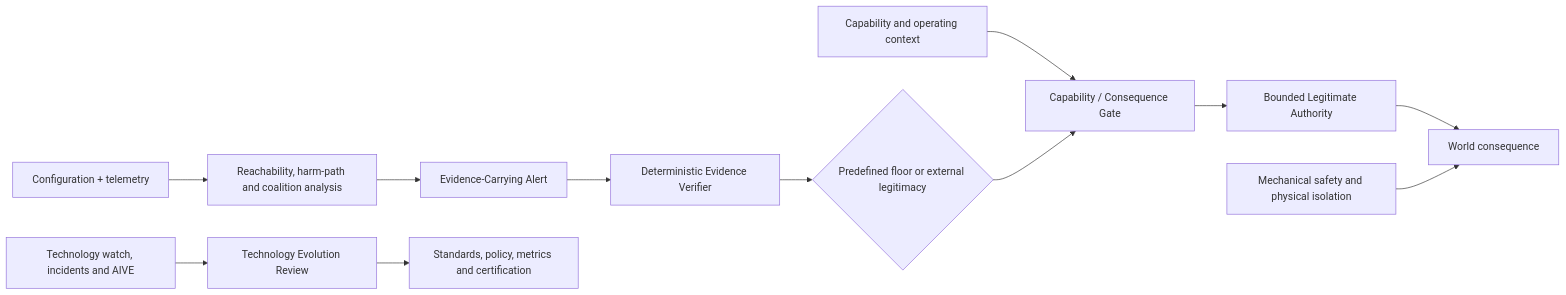
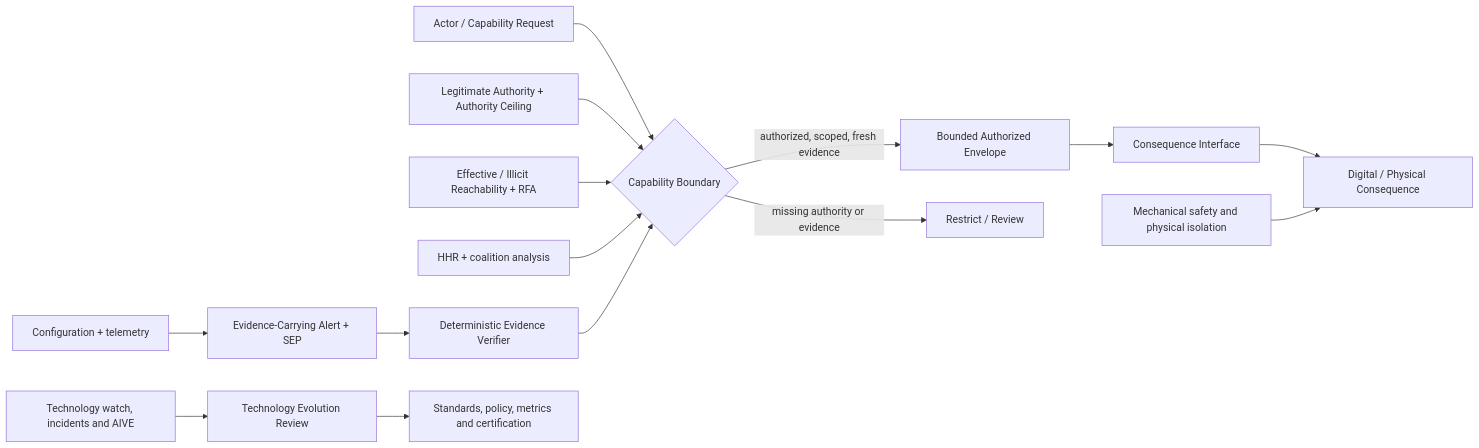
The diagram in spec/00_MASTER_INDEX.md (cresta13/universal-ai-safety-architecture), drawn with Mermaid before and after one commit. The commit also changed other lines of this file and 23 other files, not shown here.

````diff
--- a/spec/00_MASTER_INDEX.md
+++ b/spec/00_MASTER_INDEX.md
@@ -16,14 +16,17 @@
 ```mermaid
 flowchart LR
- C[Capability and operating context] --> G[Capability / Consequence Gate]
- G --> LA[Bounded Legitimate Authority]
- LA --> W[World consequence]
- X[Configuration + telemetry] --> R[Reachability, harm-path and coalition analysis]
- R --> E[Evidence-Carrying Alert]
+ A[Actor / Capability Request] --> B{Capability Boundary}
+ LA[Legitimate Authority + Authority Ceiling] --> B
+ R[Effective / Illicit Reachability + RFA] --> B
+ H[HHR + coalition analysis] --> B
+ X[Configuration + telemetry] --> E[Evidence-Carrying Alert + SEP]
  E --> V[Deterministic Evidence Verifier]
- V --> D{Predefined floor or external legitimacy}
- D --> G
+ V --> B
+ B -->|authorized, scoped, fresh evidence| ENV[Bounded Authorized Envelope]
+ B -->|missing authority or evidence| RR[Restrict / Review]
+ ENV --> CI[Consequence Interface]
+ CI --> W[Digital / Physical Consequence]
  M[Mechanical safety and physical isolation] --> W
  T[Technology watch, incidents and AIVE] --> U[Technology Evolution Review]
  U --> S[Standards, policy, metrics and certification]
 ```
````
